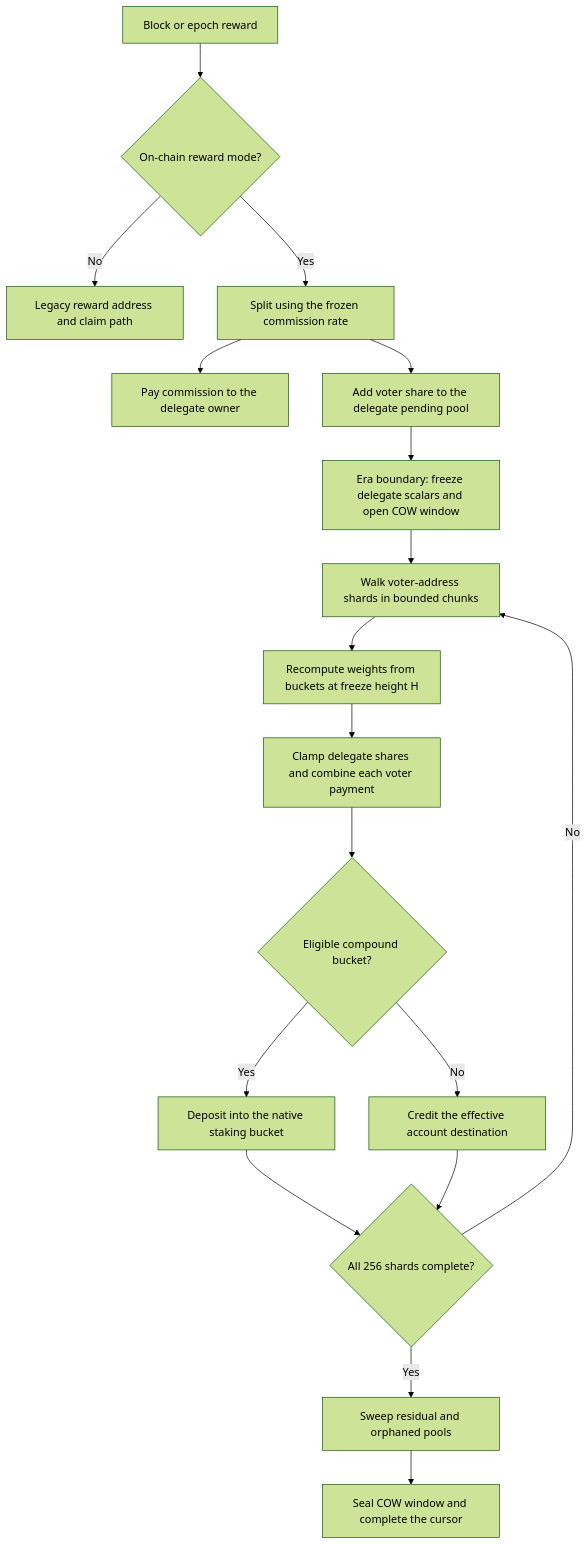
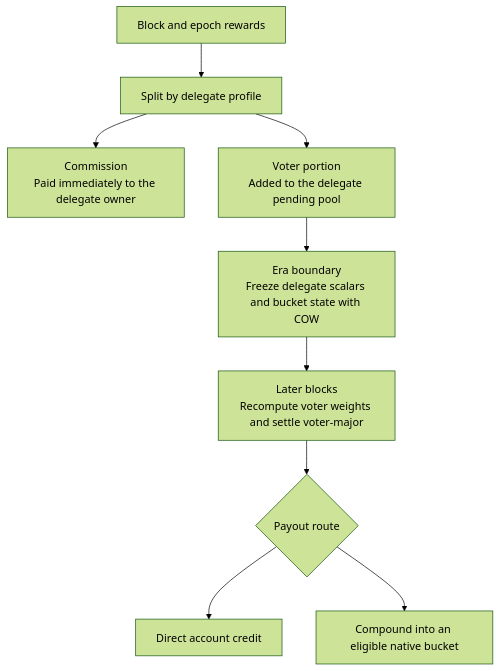
Before and after one commit to iotexproject/iips: the second of 2 diagrams in iip-59.md, drawn with Mermaid (forest theme).

Commit message:
IIP-59: simplify the core reward diagram

````diff
--- a/iip-59.md
+++ b/iip-59.md
@@ -90,20 +90,11 @@
 ```mermaid
 flowchart TD
-    A[Block or epoch reward] --> B{On-chain reward mode?}
-    B -- No --> C[Legacy reward address and claim path]
-    B -- Yes --> D[Split using the frozen commission rate]
-    D --> E[Pay commission to the delegate owner]
-    D --> F[Add voter share to the delegate pending pool]
-    F --> G[Era boundary: freeze delegate scalars and open COW window]
-    G --> H[Walk voter-address shards in bounded chunks]
-    H --> I[Recompute weights from buckets at freeze height H]
-    I --> J[Clamp delegate shares and combine each voter payment]
-    J --> K{Eligible compound bucket?}
-    K -- Yes --> L[Deposit into the native staking bucket]
-    K -- No --> M[Credit the effective account destination]
-    L --> N{All 256 shards complete?}
-    M --> N
-    N -- No --> H
-    N -- Yes --> O[Sweep residual and orphaned pools]
-    O --> P[Seal COW window and complete the cursor]
+    A[Block and epoch rewards] --> B[Split by delegate profile]
+    B --> C[Commission<br/>Paid immediately to the delegate owner]
+    B --> D[Voter portion<br/>Added to the delegate pending pool]
+    D --> E[Era boundary<br/>Freeze delegate scalars and bucket state with COW]
+    E --> F[Later blocks<br/>Recompute voter weights and settle voter-major]
+    F --> G{Payout route}
+    G --> H[Direct account credit]
+    G --> I[Compound into an eligible native bucket]
 ```
````
